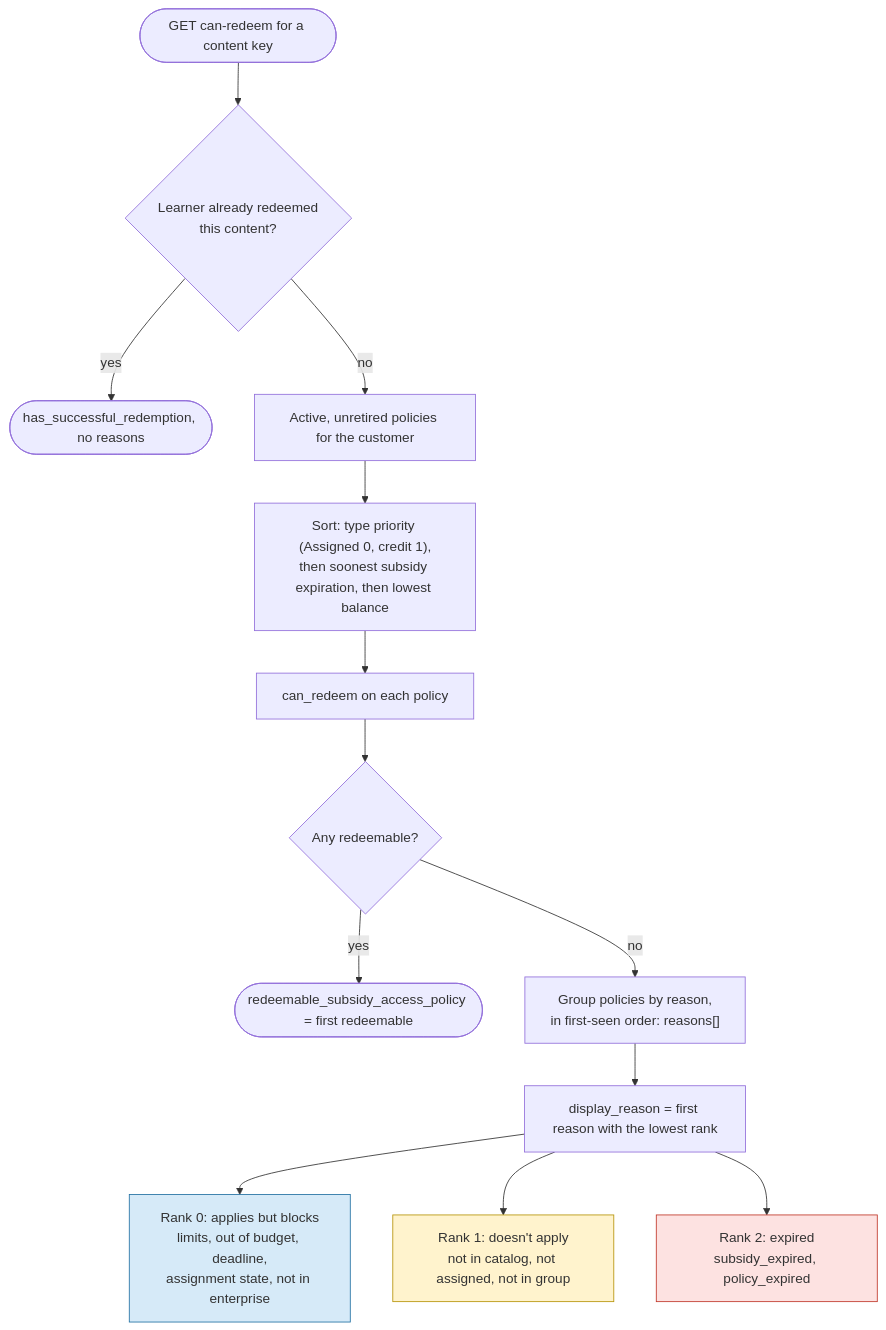
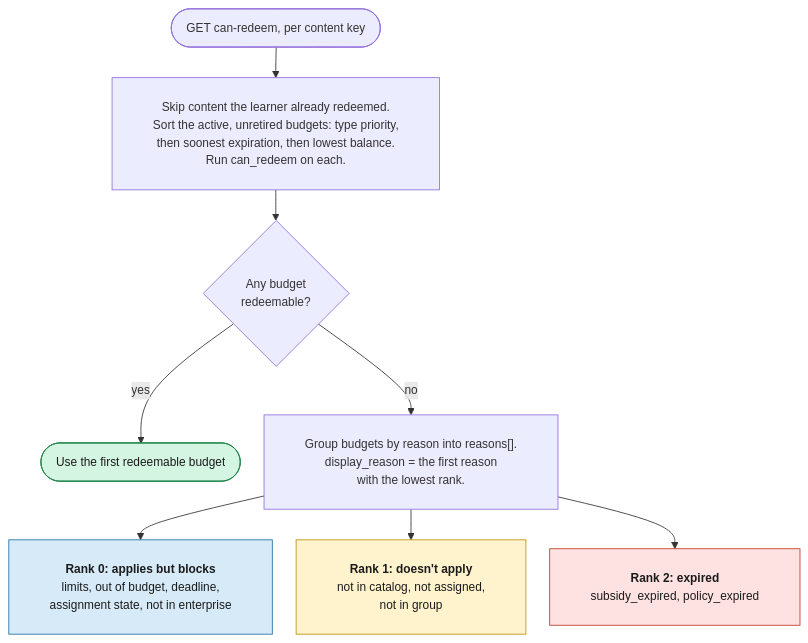
Before and after one commit to edx/enterprise-access: the third of 4 diagrams in docs/decisions/0038-non-redeemable-reasons-and-display-reason.md, drawn with Mermaid. The commit also changed other lines of this file, not shown here.

First line of the commit message:
docs: make ADR 0038's diagrams legible in dark mode

````diff
--- a/docs/decisions/0038-non-redeemable-reasons-and-display-reason.md
+++ b/docs/decisions/0038-non-redeemable-reasons-and-display-reason.md
@@ -171,22 +167,20 @@
 ```mermaid
-flowchart TD
-    Q(["GET can-redeem for a content key"]) --> RD{"Learner already redeemed<br/>this content?"}
-    RD -- yes --> DONE(["has_successful_redemption, no reasons"])
-    RD -- no --> P["Active, unretired policies for the customer"]
-    P --> S["Sort: type priority (Assigned 0, credit 1),<br/>then soonest subsidy expiration, then lowest balance"]
-    S --> EV["can_redeem on each policy"]
-    EV --> X{"Any redeemable?"}
-    X -- yes --> OK(["redeemable_subsidy_access_policy = first redeemable"])
-    X -- no --> BK["Group policies by reason,<br/>in first-seen order: reasons[]"]
-    BK --> RK["display_reason = first reason with the lowest rank"]
-    RK --> R0["Rank 0: applies but blocks<br/>limits, out of budget, deadline,<br/>assignment state, not in enterprise"]
-    RK --> R1["Rank 1: doesn't apply<br/>not in catalog, not assigned, not in group"]
-    RK --> R2["Rank 2: expired<br/>subsidy_expired, policy_expired"]
+%%{init: {"flowchart": {"padding": 24, "nodeSpacing": 28, "rankSpacing": 36, "wrappingWidth": 340}, "themeVariables": {"fontFamily": "Arial, Helvetica, sans-serif", "fontSize": "14px"}}}%%
+flowchart TB
+    Q(["GET can-redeem, per content key"]) --> EV["Skip content the learner already redeemed.<br/>Sort the active, unretired budgets: type priority,<br/>then soonest expiration, then lowest balance.<br/>Run can_redeem on each."]
+    EV --> X{"Any budget<br/>redeemable?"}
+    X -- yes --> OK(["Use the first redeemable budget"])
+    X -- no --> RK["Group budgets by reason into reasons[].<br/>display_reason = the first reason<br/>with the lowest rank."]
+    RK --> R0["<b>Rank 0: applies but blocks</b><br/>limits, out of budget, deadline,<br/>assignment state, not in enterprise"]
+    RK --> R1["<b>Rank 1: doesn't apply</b><br/>not in catalog, not assigned,<br/>not in group"]
+    RK --> R2["<b>Rank 2: expired</b><br/>subsidy_expired, policy_expired"]
 
-    classDef expiry fill:#fde2e1,stroke:#c0392b
-    classDef notApplicable fill:#fff3cd,stroke:#b7950b
-    classDef blocking fill:#d6eaf8,stroke:#2471a3
+    classDef expiry fill:#fde2e1,stroke:#c0392b,color:#1b1b1b
+    classDef notApplicable fill:#fff3cd,stroke:#b7950b,color:#1b1b1b
+    classDef blocking fill:#d6eaf8,stroke:#2471a3,color:#1b1b1b
+    classDef ok fill:#d5f5e3,stroke:#1e8449,color:#1b1b1b
     class R2 expiry
     class R1 notApplicable
     class R0 blocking
+    class OK ok
 ```
````
